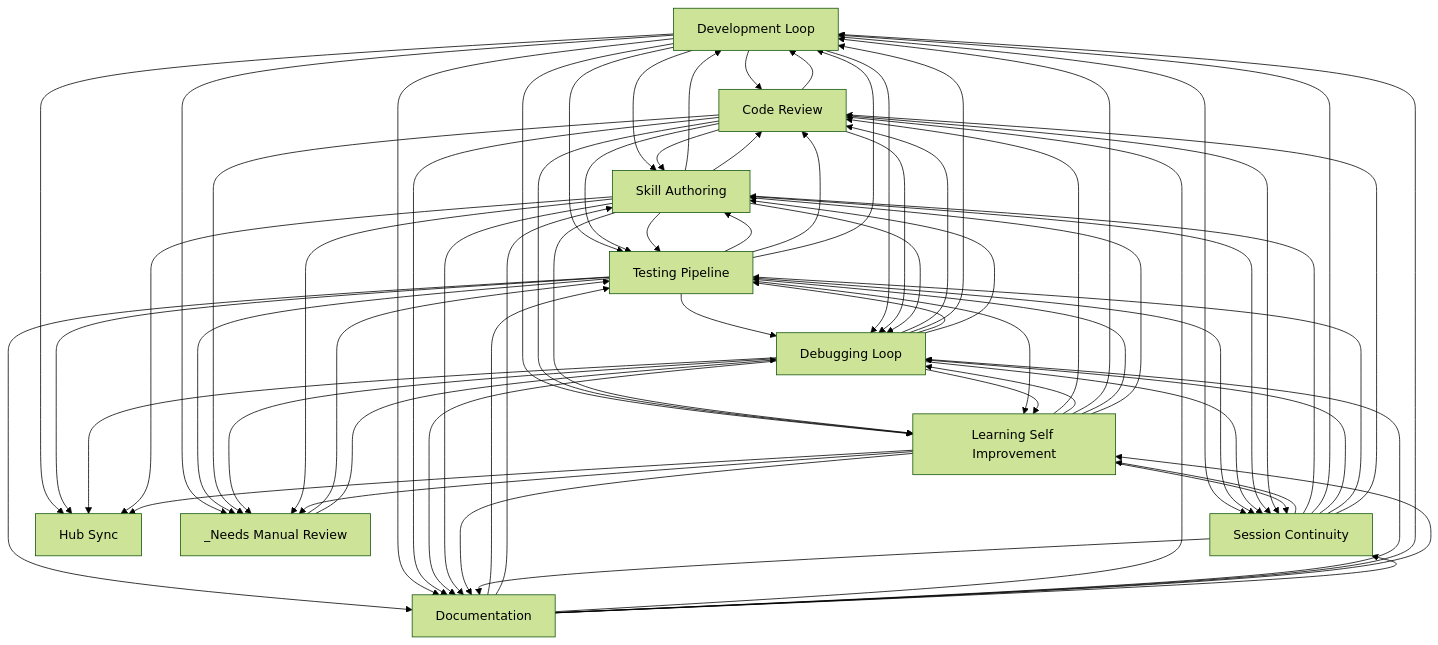
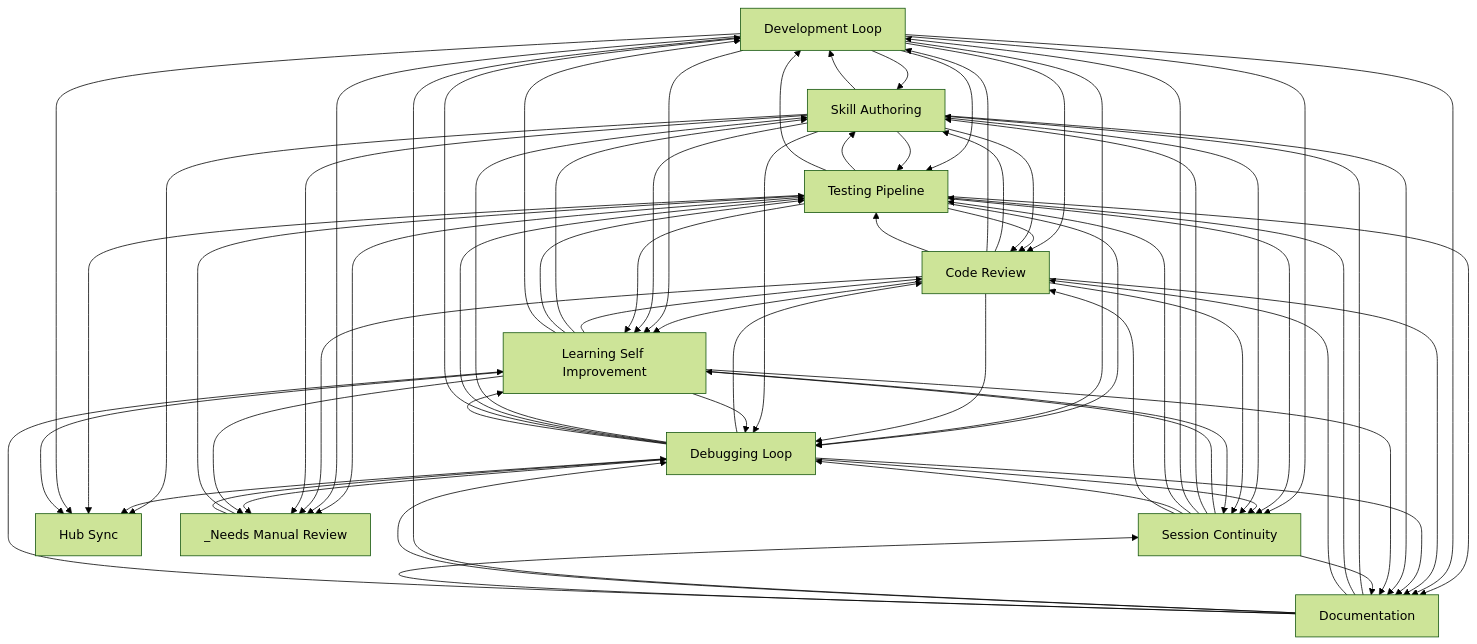
Before and after one commit to abhayla/claude-best-practices: the diagram in docs/workflows/INDEX.md, drawn with Mermaid (forest theme). The commit also changed other lines of this file and 13 other files, not shown here.

````diff
--- a/docs/workflows/INDEX.md
+++ b/docs/workflows/INDEX.md
@@ -22,82 +22,82 @@
 ```mermaid
 graph TD
     development_loop[Development Loop]
     testing_pipeline[Testing Pipeline]
     debugging_loop[Debugging Loop]
     learning_self_improvement[Learning Self Improvement]
     session_continuity[Session Continuity]
     skill_authoring[Skill Authoring]
     code_review[Code Review]
     documentation[Documentation]
     hub_sync[Hub Sync]
     _needs_manual_review[_Needs Manual Review]
+    documentation --> skill_authoring
     documentation --> testing_pipeline
-    documentation --> skill_authoring
+    code_review --> skill_authoring
+    code_review --> development_loop
+    development_loop --> skill_authoring
     development_loop --> code_review
-    development_loop --> skill_authoring
-    code_review --> development_loop
-    code_review --> skill_authoring
+    code_review --> testing_pipeline
+    code_review --> learning_self_improvement
+    development_loop --> testing_pipeline
     development_loop --> learning_self_improvement
-    development_loop --> testing_pipeline
-    code_review --> learning_self_improvement
-    code_review --> testing_pipeline
+    skill_authoring --> testing_pipeline
     testing_pipeline --> skill_authoring
-    skill_authoring --> testing_pipeline
     testing_pipeline --> code_review
+    testing_pipeline --> development_loop
     testing_pipeline --> debugging_loop
-    testing_pipeline --> development_loop
     testing_pipeline --> documentation
     debugging_loop --> code_review
+    debugging_loop --> skill_authoring
+    debugging_loop --> testing_pipeline
     debugging_loop --> development_loop
-    debugging_loop --> testing_pipeline
-    debugging_loop --> skill_authoring
     development_loop --> debugging_loop
     development_loop --> documentation
+    skill_authoring --> code_review
     skill_authoring --> development_loop
-    skill_authoring --> code_review
     skill_authoring --> learning_self_improvement
+    testing_pipeline --> _needs_manual_review
     development_loop --> _needs_manual_review
-    testing_pipeline --> _needs_manual_review
     documentation --> code_review
+    documentation --> development_loop
     documentation --> debugging_loop
-    documentation --> development_loop
     code_review --> debugging_loop
     code_review --> documentation
+    session_continuity --> learning_self_improvement
     development_loop --> session_continuity
-    session_continuity --> learning_self_improvement
     _needs_manual_review --> testing_pipeline
+    testing_pipeline --> session_continuity
     testing_pipeline --> learning_self_improvement
-    testing_pipeline --> session_continuity
+    debugging_loop --> session_continuity
     debugging_loop --> learning_self_improvement
-    debugging_loop --> session_continuity
     debugging_loop --> documentation
     documentation --> learning_self_improvement
     skill_authoring --> session_continuity
     skill_authoring --> debugging_loop
     _needs_manual_review --> debugging_loop
     learning_self_improvement --> code_review
+    learning_self_improvement --> skill_authoring
+    learning_self_improvement --> testing_pipeline
+    learning_self_improvement --> development_loop
     learning_self_improvement --> debugging_loop
-    learning_self_improvement --> development_loop
-    learning_self_improvement --> testing_pipeline
-    learning_self_improvement --> skill_authoring
     code_review --> _needs_manual_review
+    skill_authoring --> _needs_manual_review
     debugging_loop --> _needs_manual_review
-    skill_authoring --> _needs_manual_review
     skill_authoring --> documentation
     code_review --> session_continuity
     learning_self_improvement --> session_continuity
     session_continuity --> skill_authoring
     learning_self_improvement --> documentation
     session_continuity --> development_loop
+    session_continuity --> testing_pipeline
     session_continuity --> debugging_loop
-    session_continuity --> testing_pipeline
     session_continuity --> code_review
     session_continuity --> documentation
+    skill_authoring --> hub_sync
+    debugging_loop --> hub_sync
+    testing_pipeline --> hub_sync
     development_loop --> hub_sync
-    testing_pipeline --> hub_sync
-    debugging_loop --> hub_sync
-    skill_authoring --> hub_sync
     learning_self_improvement --> hub_sync
     learning_self_improvement --> _needs_manual_review
     documentation --> session_continuity
 ```
````
